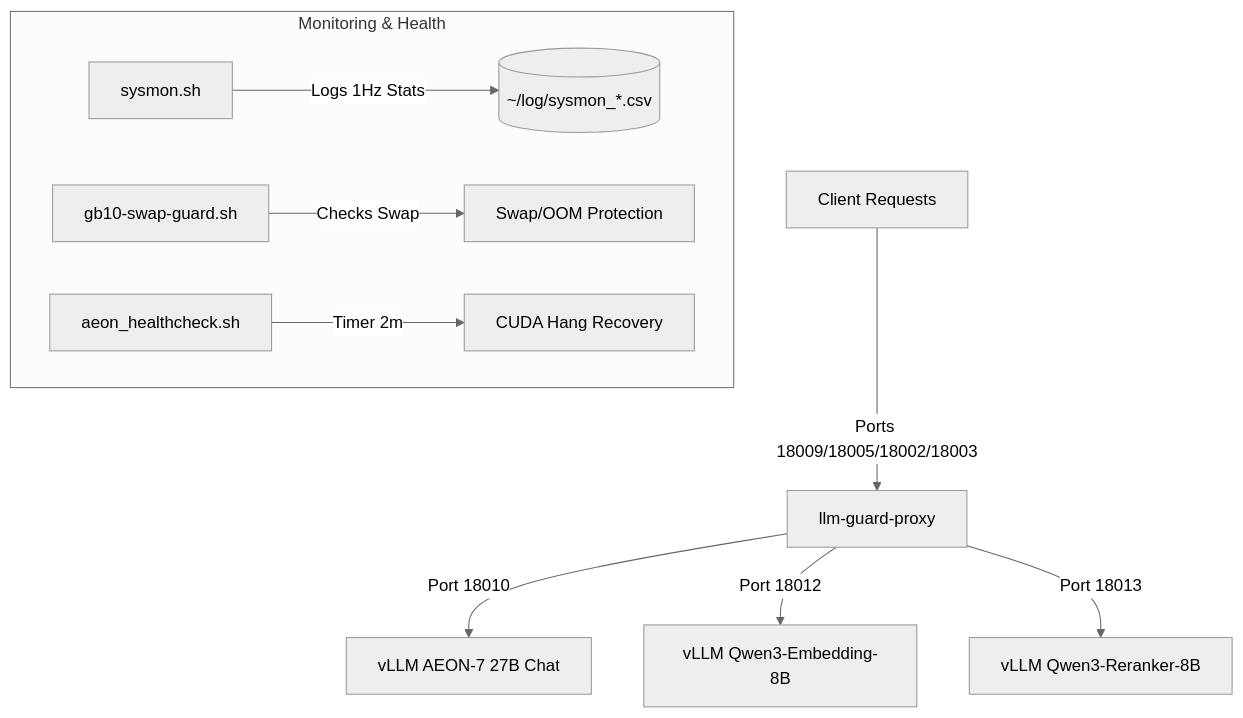
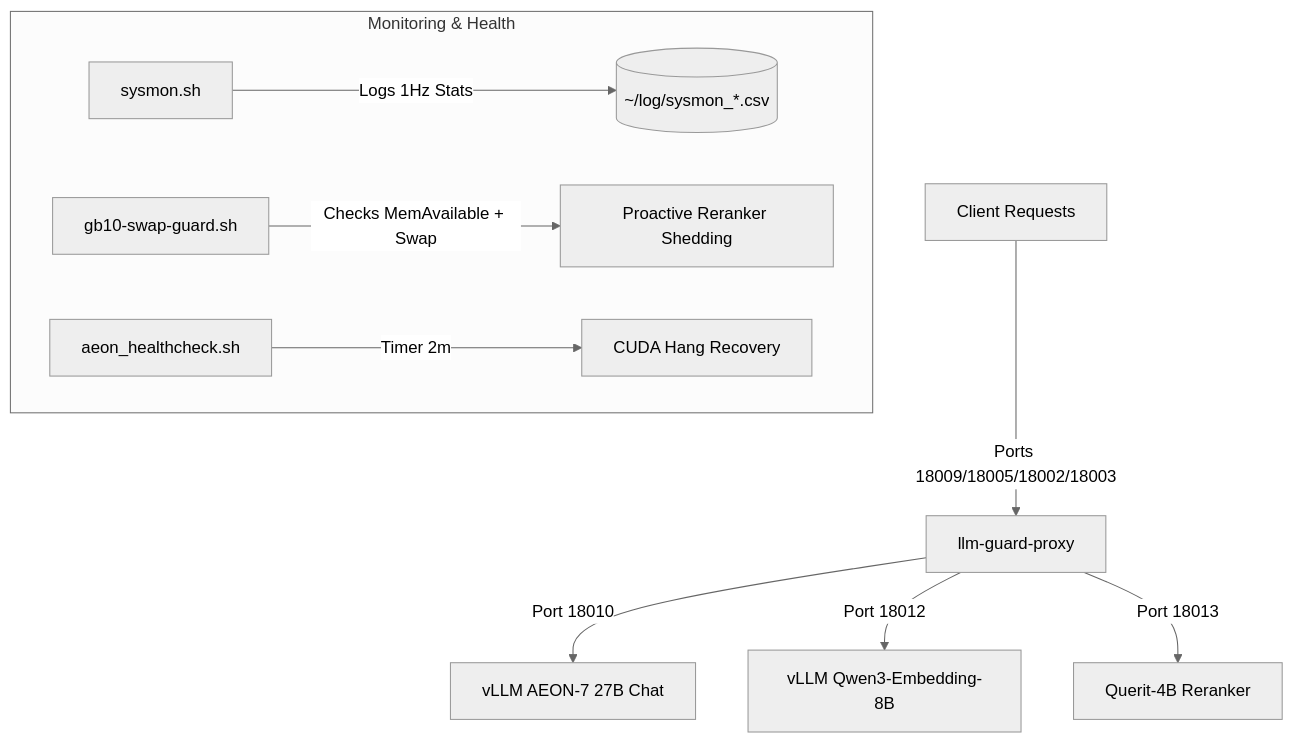
The diagram in README.md (RyderFreeman4Logos/gb10-services), drawn with Mermaid (neutral theme) before and after one commit. The commit also changed other lines of this file and 11 other files, not shown here.

````diff
--- a/README.md
+++ b/README.md
@@ -11,13 +11,13 @@
 ```mermaid
 graph TD
     Client[Client Requests] -->|Ports 18009/18005/18002/18003| Proxy[llm-guard-proxy]
     Proxy -->|Port 18010| AEON[vLLM AEON-7 27B Chat]
     Proxy -->|Port 18012| Embed[vLLM Qwen3-Embedding-8B]
-    Proxy -->|Port 18013| Rerank[vLLM Qwen3-Reranker-8B]
+    Proxy -->|Port 18013| Rerank[Querit-4B Reranker]
 
     subgraph Monitoring & Health
         Sysmon[sysmon.sh] -->|Logs 1Hz Stats| CSV[(~/log/sysmon_*.csv)]
-        SwapGuard[gb10-swap-guard.sh] -->|Checks Swap| OOMProtect[Swap/OOM Protection]
+        SwapGuard[gb10-swap-guard.sh] -->|Checks MemAvailable + Swap| OOMProtect[Proactive Reranker Shedding]
         HCheck[aeon_healthcheck.sh] -->|Timer 2m| HangRecovery[CUDA Hang Recovery]
     end
 ```
````
